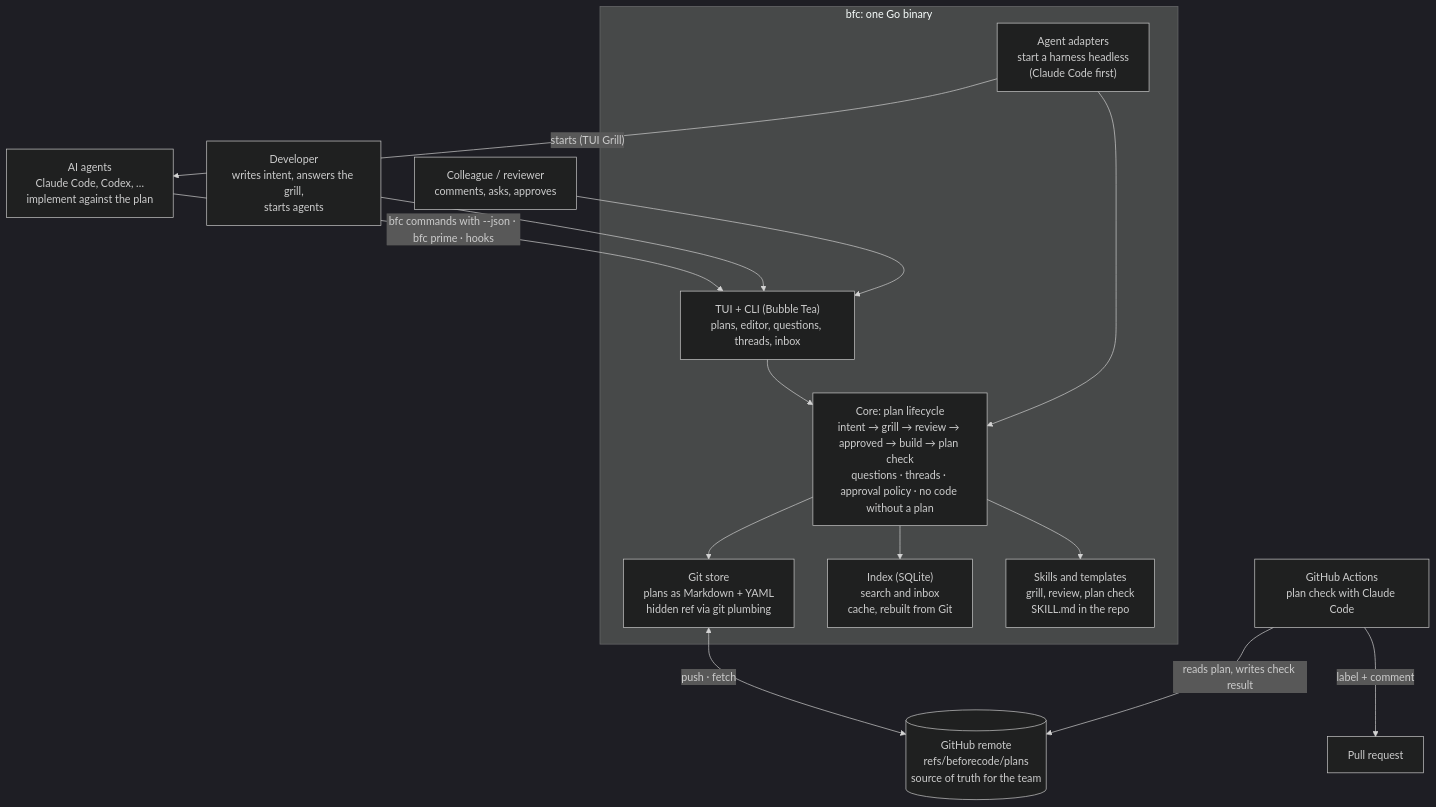
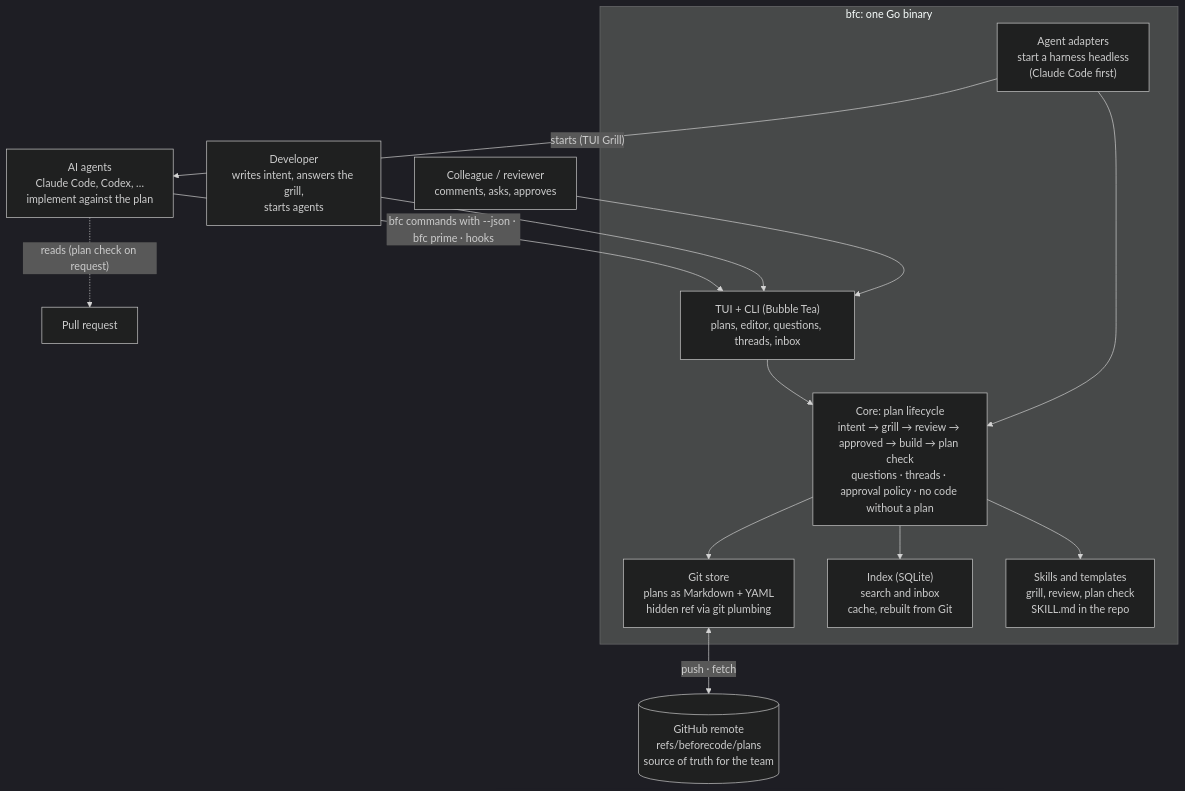
The second of 2 diagrams in docs/design.md (admSla99/BeforeCode), drawn with Mermaid (dark theme) before and after one commit. The commit also changed other lines of this file and 24 other files, not shown here.

First line of the commit message:
Plan check locally in Claude Code, on request (ADR 0015)

````diff
--- a/docs/design.md
+++ b/docs/design.md
@@ -335,31 +335,29 @@
 ```mermaid
 flowchart TB
     dev["Developer<br/>writes intent, answers the grill,<br/>starts agents"]
     rev["Colleague / reviewer<br/>comments, asks, approves"]
     agents["AI agents<br/>Claude Code, Codex, …<br/>implement against the plan"]
 
     subgraph bfc["bfc: one Go binary"]
         tui["TUI + CLI (Bubble Tea)<br/>plans, editor, questions, threads, inbox"]
         agentif["Agent adapters<br/>start a harness headless<br/>(Claude Code first)"]
         core["Core: plan lifecycle<br/>intent → grill → review → approved → build → plan check<br/>questions · threads · approval policy · no code without a plan"]
         store["Git store<br/>plans as Markdown + YAML<br/>hidden ref via git plumbing"]
         index["Index (SQLite)<br/>search and inbox<br/>cache, rebuilt from Git"]
         skills["Skills and templates<br/>grill, review, plan check<br/>SKILL.md in the repo"]
     end
 
     remote[("GitHub remote<br/>refs/beforecode/plans<br/>source of truth for the team")]
-    ci["GitHub Actions<br/>plan check with Claude Code"]
 
     dev --> tui
     rev --> tui
     agentif -->|"starts (TUI Grill)"| agents
     agents -->|"bfc commands with --json · bfc prime · hooks"| tui
     tui --> core
     agentif --> core
     core --> store
     core --> index
     core --> skills
     store <-->|"push · fetch"| remote
-    ci -->|"reads plan, writes check result"| remote
-    ci -->|"label + comment"| pr["Pull request"]
+    agents -.->|"reads (plan check on request)"| pr["Pull request"]
 ```
````
